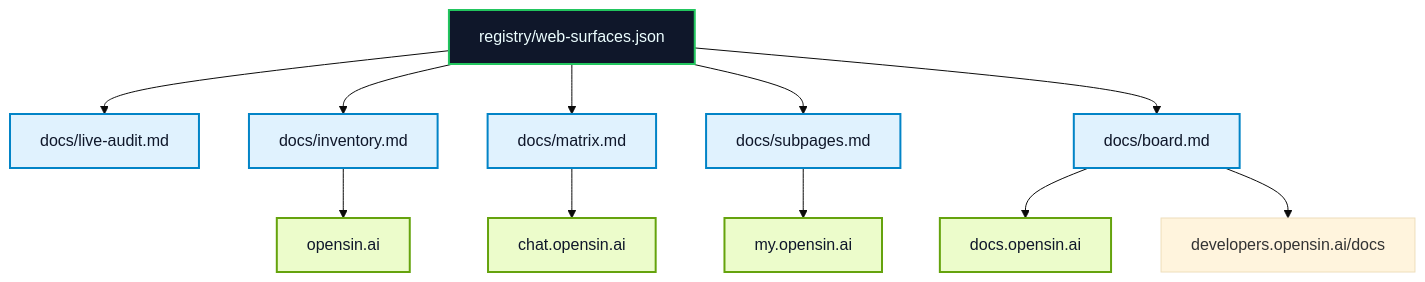
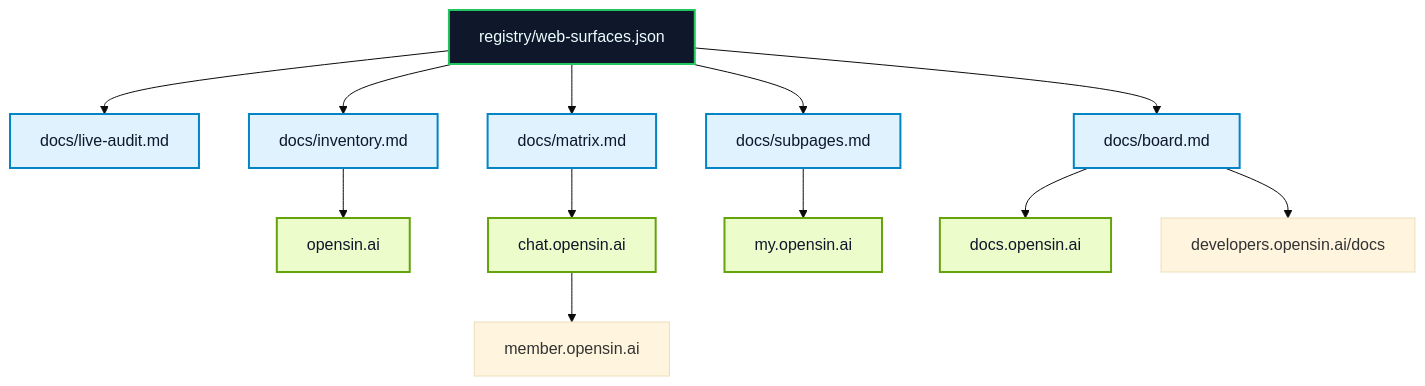
One commit to OpenSIN-AI/OpenSIN-Web-Surface-Plan changed the diagram in docs/overview.md. Above: the diagram before and after it, drawn with Mermaid (base theme). The commit also changed 2 other files, not shown here.

Commit message:
feat: register and map Member Portal surface

````diff
--- a/docs/overview.md
+++ b/docs/overview.md
@@ -7,22 +7,23 @@
 ```mermaid
 flowchart TB
   Registry["registry/web-surfaces.json"] --> Audit["docs/live-audit.md"]
   Registry --> Inventory["docs/inventory.md"]
   Registry --> Matrix["docs/matrix.md"]
   Registry --> Subpages["docs/subpages.md"]
   Registry --> Board["docs/board.md"]
 
   Inventory --> Marketing["opensin.ai"]
   Matrix --> App["chat.opensin.ai"]
   Subpages --> Marketplace["my.opensin.ai"]
   Board --> Docs["docs.opensin.ai"]
   Board --> DevDocs["developers.opensin.ai/docs"]
+  App --> MemberPortal["member.opensin.ai"]
 
   classDef registry fill:#0f172a,stroke:#22c55e,stroke-width:2px,color:#ecfeff
   classDef doc fill:#e0f2fe,stroke:#0284c7,stroke-width:2px,color:#0f172a
   classDef surface fill:#ecfccb,stroke:#65a30d,stroke-width:2px,color:#0f172a
 
   class Registry registry
   class Audit,Inventory,Matrix,Subpages,Board doc
   class Marketing,App,Marketplace,Docs surface
 ```
````
